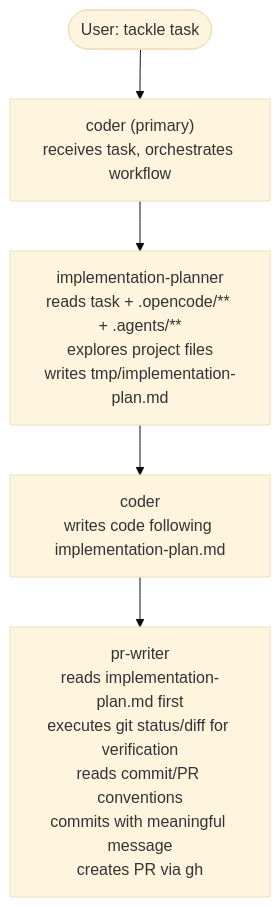
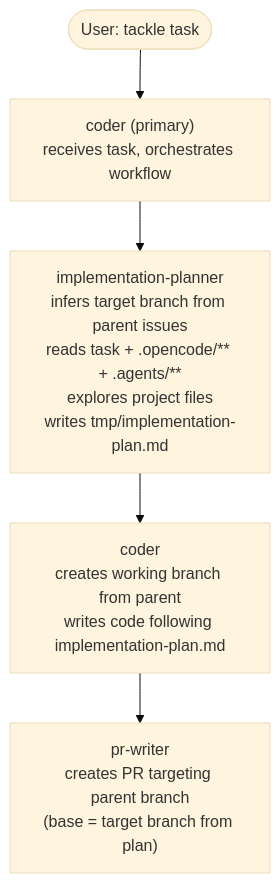
One commit to iapicca/opencode_assets changed the third of 3 diagrams in .agents/project-summary.md. Above: the diagram before and after it, drawn with Mermaid (base theme). The commit also changed other lines of this file and 8 other files, not shown here.

Commit message:
update implementation planner agent with branch strategy

````diff
--- a/.agents/project-summary.md
+++ b/.agents/project-summary.md
@@ -80,10 +122,10 @@
 ```mermaid
 flowchart TD
     U([User: tackle task <issue>])
     C["coder (primary)\nreceives task, orchestrates workflow"]
-    IP["implementation-planner\nreads task + .opencode/** + .agents/**\nexplores project files\nwrites tmp/implementation-plan.md"]
-    C2["coder\nwrites code following implementation-plan.md"]
-    PR["pr-writer\nreads implementation-plan.md first\nexecutes git status/diff for verification\nreads commit/PR conventions\ncommits with meaningful message\ncreates PR via gh"]
+    IP["implementation-planner\ninfers target branch from parent issues\nreads task + .opencode/** + .agents/**\nexplores project files\nwrites tmp/implementation-plan.md"]
+    C2["coder\ncreates working branch from parent\nwrites code following implementation-plan.md"]
+    PR["pr-writer\ncreates PR targeting parent branch\n(base = target branch from plan)"]
 
     U --> C --> IP --> C2 --> PR
 ```
````
